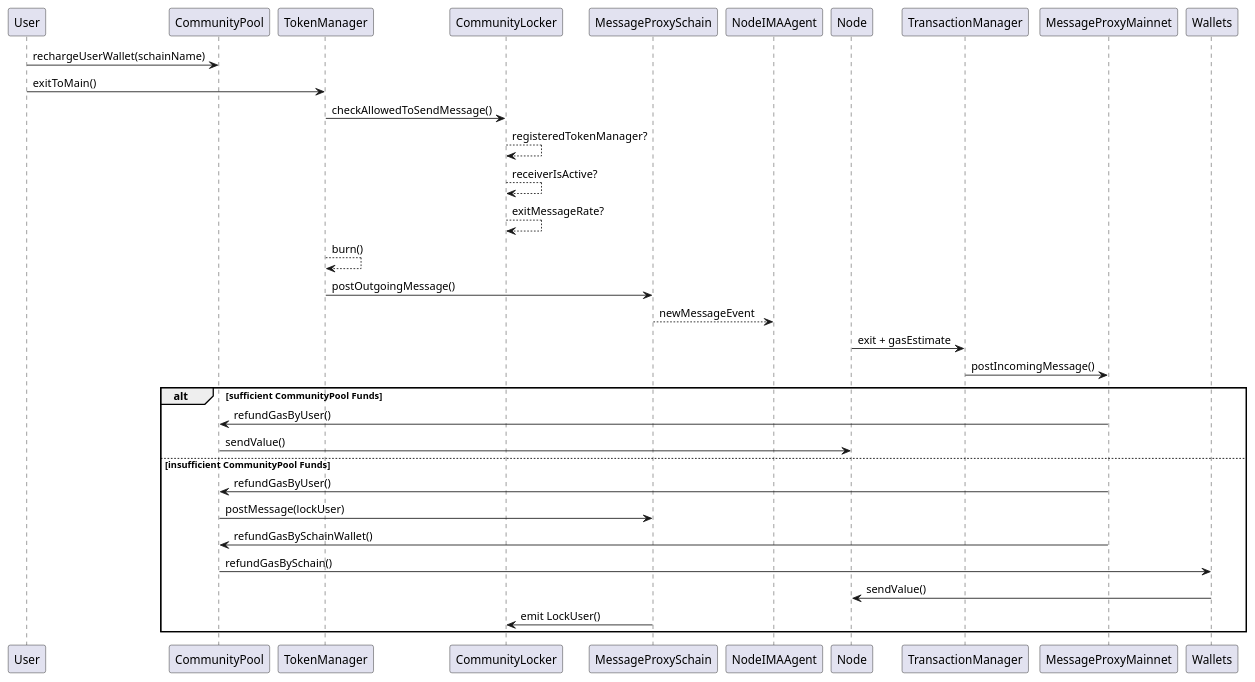
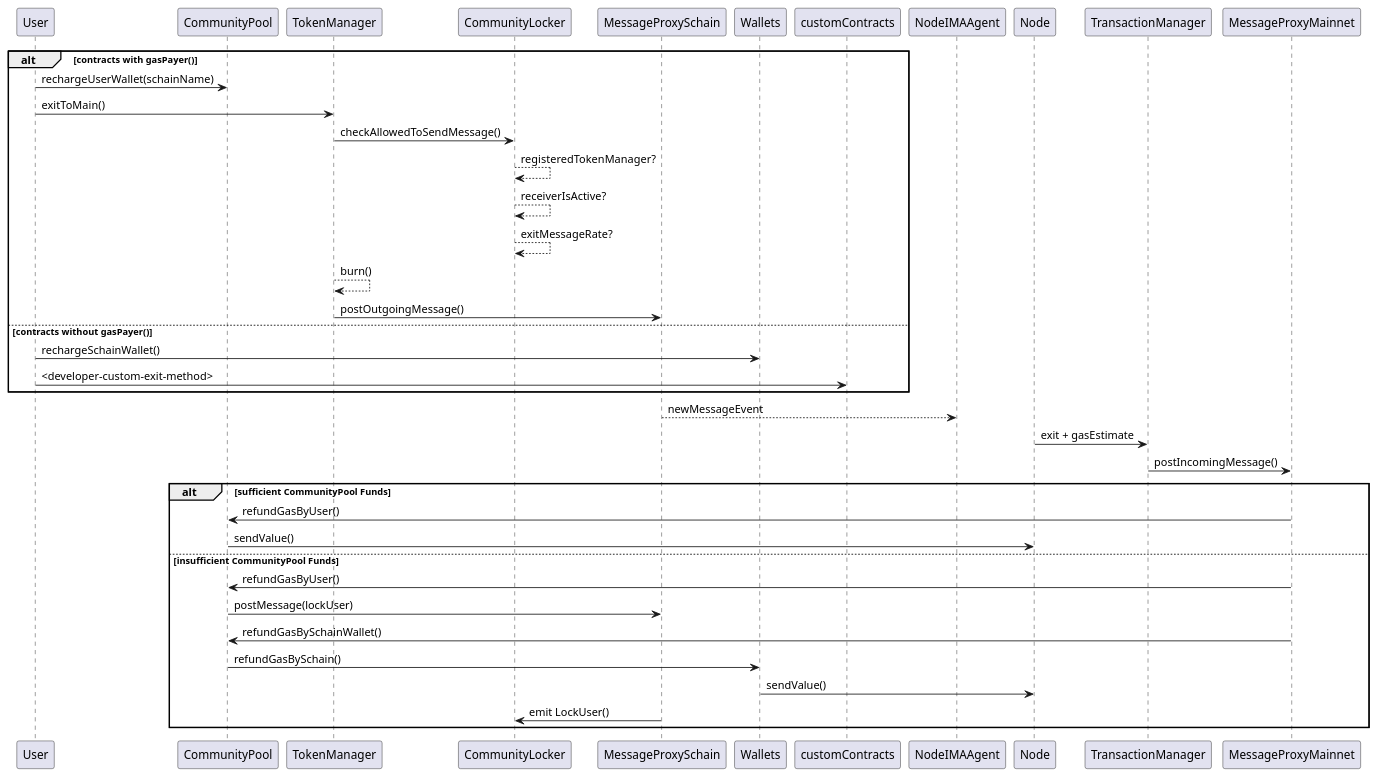
The diagram in docs/modules/ROOT/pages/funding-exits.adoc (skalenetwork/IMA), drawn with PlantUML before and after one commit. The commit also changed other lines of this file, not shown here.

Commit message:
Add clarifications

```diff
--- a/docs/modules/ROOT/pages/funding-exits.adoc
+++ b/docs/modules/ROOT/pages/funding-exits.adoc
@@ -72,37 +75,41 @@
 [plantuml]
 ....
 @startuml
-
-User -> CommunityPool: rechargeUserWallet(schainName)
-User -> TokenManager: exitToMain()
-TokenManager -> CommunityLocker: checkAllowedToSendMessage()
-CommunityLocker --> CommunityLocker: registeredTokenManager?
-CommunityLocker --> CommunityLocker: receiverIsActive?
-CommunityLocker --> CommunityLocker: exitMessageRate?
-TokenManager --> TokenManager: burn()
-TokenManager -> MessageProxySchain: postOutgoingMessage()
+alt contracts with gasPayer()
+  User -> CommunityPool: rechargeUserWallet(schainName)
+  User -> TokenManager: exitToMain()
+  TokenManager -> CommunityLocker: checkAllowedToSendMessage()
+  CommunityLocker --> CommunityLocker: registeredTokenManager?
+  CommunityLocker --> CommunityLocker: receiverIsActive?
+  CommunityLocker --> CommunityLocker: exitMessageRate?
+  TokenManager --> TokenManager: burn()
+  TokenManager -> MessageProxySchain: postOutgoingMessage()
+else contracts without gasPayer()
+  User -> Wallets: rechargeSchainWallet()
+  User -> customContracts: <developer-custom-exit-method>
+end
 
 MessageProxySchain --> NodeIMAAgent: newMessageEvent
 Node -> TransactionManager: exit + gasEstimate
 TransactionManager -> MessageProxyMainnet: postIncomingMessage()
 
 alt sufficient CommunityPool Funds
 
   MessageProxyMainnet -> CommunityPool: refundGasByUser()
   CommunityPool -> Node: sendValue()
 
 else insufficient CommunityPool Funds
 
   MessageProxyMainnet -> CommunityPool: refundGasByUser()
 
   CommunityPool -> MessageProxySchain: postMessage(lockUser)
   MessageProxyMainnet -> CommunityPool:  refundGasBySchainWallet()
   CommunityPool -> Wallets: refundGasBySchain()
   Wallets -> Node: sendValue()
   MessageProxySchain -> CommunityLocker: emit LockUser()
 
 
 end
 
 @enduml
 ....
```
